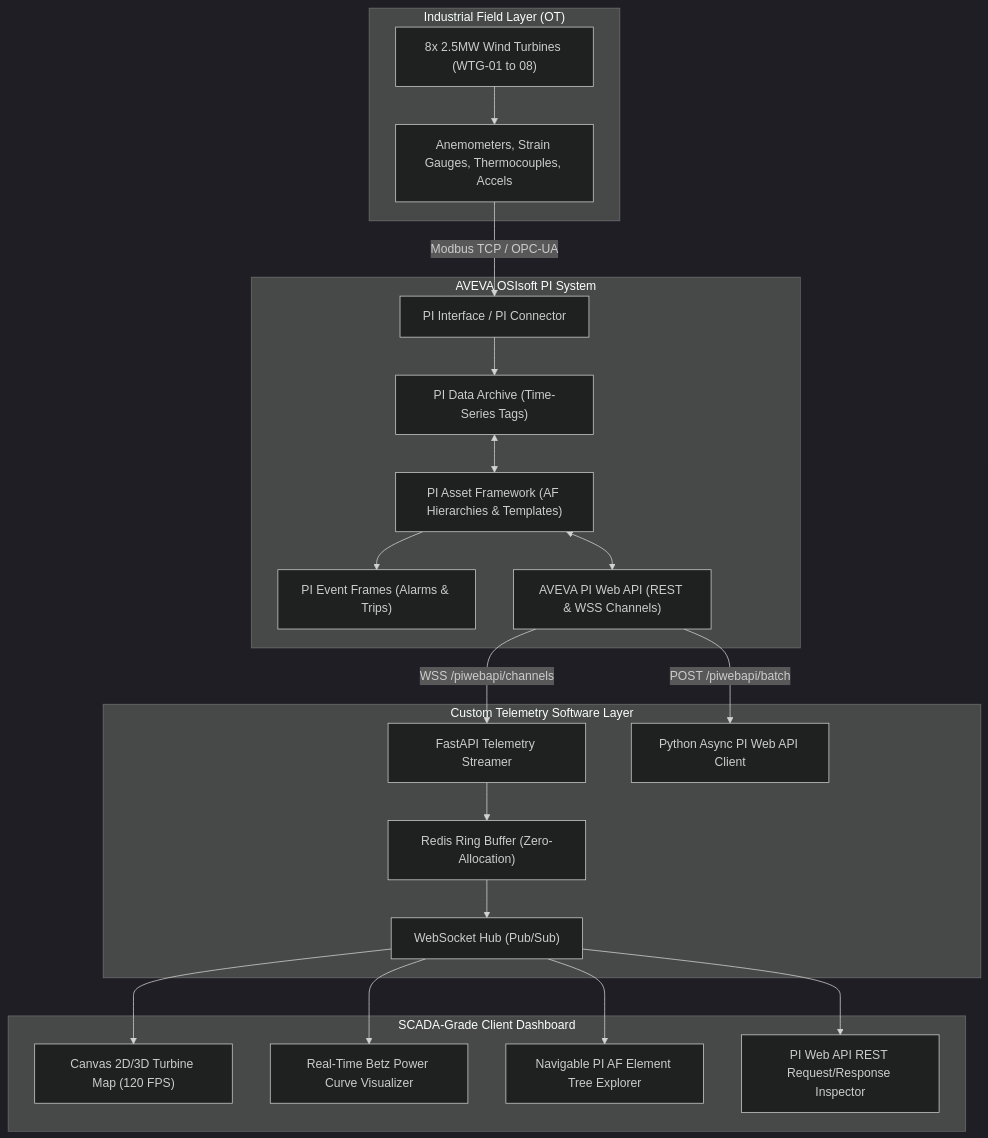
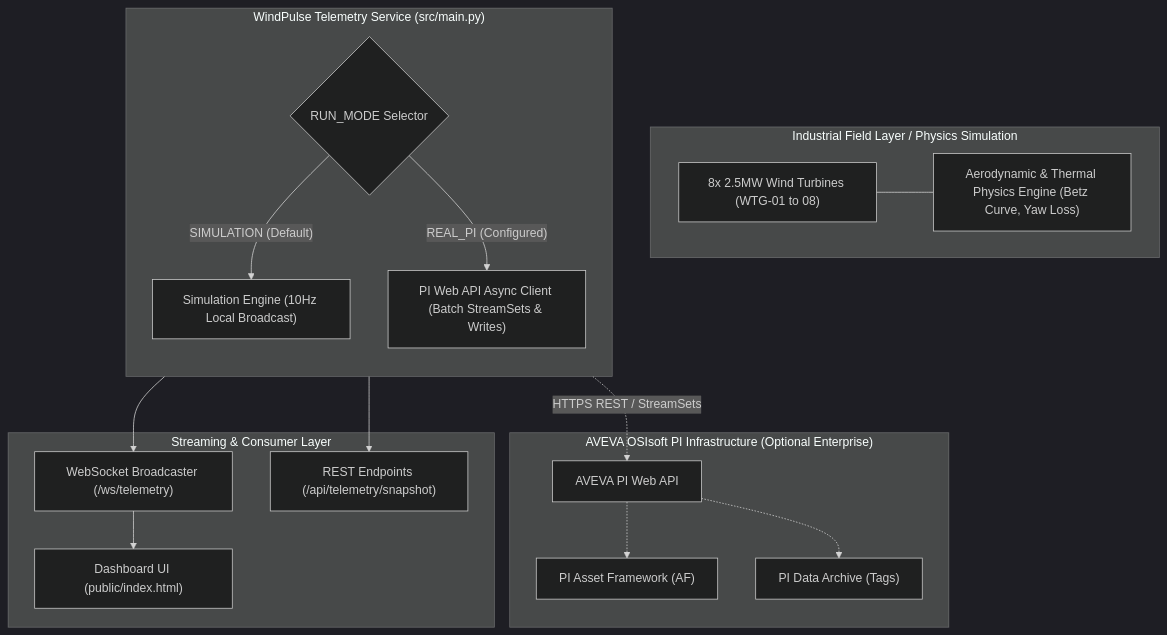
One commit to tejashr0716/WindPulse-Aveva-PI-Telemetry changed the diagram in README.md. Above: the diagram before and after it, drawn with Mermaid (dark theme). The commit also changed other lines of this file and 21 other files, not shown here.

Commit message:
Implement grounded simulation mode, PI Web API client with quality validation and write guards, tests, and benchmarks

````diff
--- a/README.md
+++ b/README.md
@@ -27,30 +33,30 @@
 ```mermaid
 flowchart TD
-    subgraph OT_Layer ["Industrial Field Layer (OT)"]
+    subgraph OT_Layer ["Industrial Field Layer / Physics Simulation"]
         Turbines["8x 2.5MW Wind Turbines (WTG-01 to 08)"]
-        Sensors["Anemometers, Strain Gauges, Thermocouples, Accels"]
-        Turbines --> Sensors
+        Physics["Aerodynamic & Thermal Physics Engine (Betz Curve, Yaw Loss)"]
+        Turbines --- Physics
     end
 
-    subgraph PI_System ["AVEVA OSIsoft PI System"]
-        Sensors -->|"Modbus TCP / OPC-UA"| PI_Int["PI Interface / PI Connector"]
-        PI_Int --> PI_DA["PI Data Archive (Time-Series Tags)"]
-        PI_DA <--> PI_AF["PI Asset Framework (AF Hierarchies & Templates)"]
-        PI_AF --> PI_EF["PI Event Frames (Alarms & Trips)"]
-        PI_AF <--> PI_WebAPI["AVEVA PI Web API (REST & WSS Channels)"]
+    subgraph Dual_Mode_Engine ["WindPulse Telemetry Service (src/main.py)"]
+        direction TB
+        ModeRouter{"RUN_MODE Selector"}
+        SimEngine["Simulation Engine (10Hz Local Broadcast)"]
+        PIClient["PI Web API Async Client (Batch StreamSets & Writes)"]
+        
+        ModeRouter -->|"SIMULATION (Default)"| SimEngine
+        ModeRouter -->|"REAL_PI (Configured)"| PIClient
     end
 
-    subgraph Custom_Software ["Custom Telemetry Software Layer"]
-        PI_WebAPI -->|"WSS /piwebapi/channels"| StreamEngine["FastAPI Telemetry Streamer"]
-        PI_WebAPI -->|"POST /piwebapi/batch"| BatchClient["Python Async PI Web API Client"]
-        StreamEngine --> Redis["Redis Ring Buffer (Zero-Allocation)"]
-        Redis --> WebSockets["WebSocket Hub (Pub/Sub)"]
+    subgraph AVEVA_PI ["AVEVA OSIsoft PI Infrastructure (Optional Enterprise)"]
+        PIClient -.->|"HTTPS REST / StreamSets"| PIWebAPI["AVEVA PI Web API"]
+        PIWebAPI -.-> AF["PI Asset Framework (AF)"]
+        PIWebAPI -.-> DA["PI Data Archive (Tags)"]
     end
 
-    subgraph UI_Layer ["SCADA-Grade Client Dashboard"]
-        WebSockets --> LiveConsole["Canvas 2D/3D Turbine Map (120 FPS)"]
-        WebSockets --> PowerCurve["Real-Time Betz Power Curve Visualizer"]
-        WebSockets --> AFExplorer["Navigable PI AF Element Tree Explorer"]
-        WebSockets --> NetSniffer["PI Web API REST Request/Response Inspector"]
+    subgraph Distribution ["Streaming & Consumer Layer"]
+        SimEngine --> WSHub["WebSocket Broadcaster (/ws/telemetry)"]
+        SimEngine --> REST["REST Endpoints (/api/telemetry/snapshot)"]
+        WSHub --> WebBrowser["Dashboard UI (public/index.html)"]
     end
 ```
````
